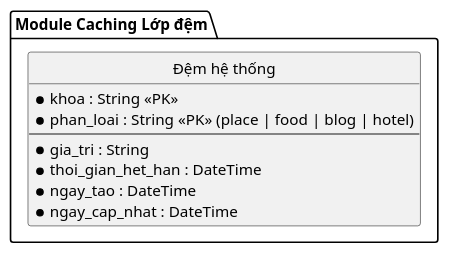
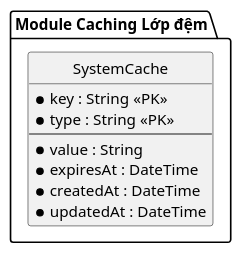
One commit to ntctuongktpm2211030-crypto/Thuc_Tap_NTD changed the diagram in docs/uml/ERD/ERD_Cache.puml. Above: the diagram before and after it, drawn with PlantUML. The commit also changed 149 other files, not shown here.

```diff
--- a/docs/uml/ERD/ERD_Cache.puml
+++ b/docs/uml/ERD/ERD_Cache.puml
@@ -1,23 +1,23 @@
 @startuml ERD_Cache
 
 left to right direction
 skinparam linetype ortho
 skinparam ranksep 90
 skinparam nodesep 70
 hide circle
 hide methods
 hide stereotype
 
 package "Module Caching Lớp đệm" {
-  entity "Đệm hệ thống" as SystemCache {
-    * khoa : String <<PK>>
-    * phan_loai : String <<PK>> (place | food | blog | hotel)
+  entity "SystemCache" as SystemCache {
+    * key : String <<PK>>
+    * type : String <<PK>>
     --
-    * gia_tri : String
-    * thoi_gian_het_han : DateTime
-    * ngay_tao : DateTime
-    * ngay_cap_nhat : DateTime
+    * value : String
+    * expiresAt : DateTime
+    * createdAt : DateTime
+    * updatedAt : DateTime
   }
 }
 
 @enduml
```
